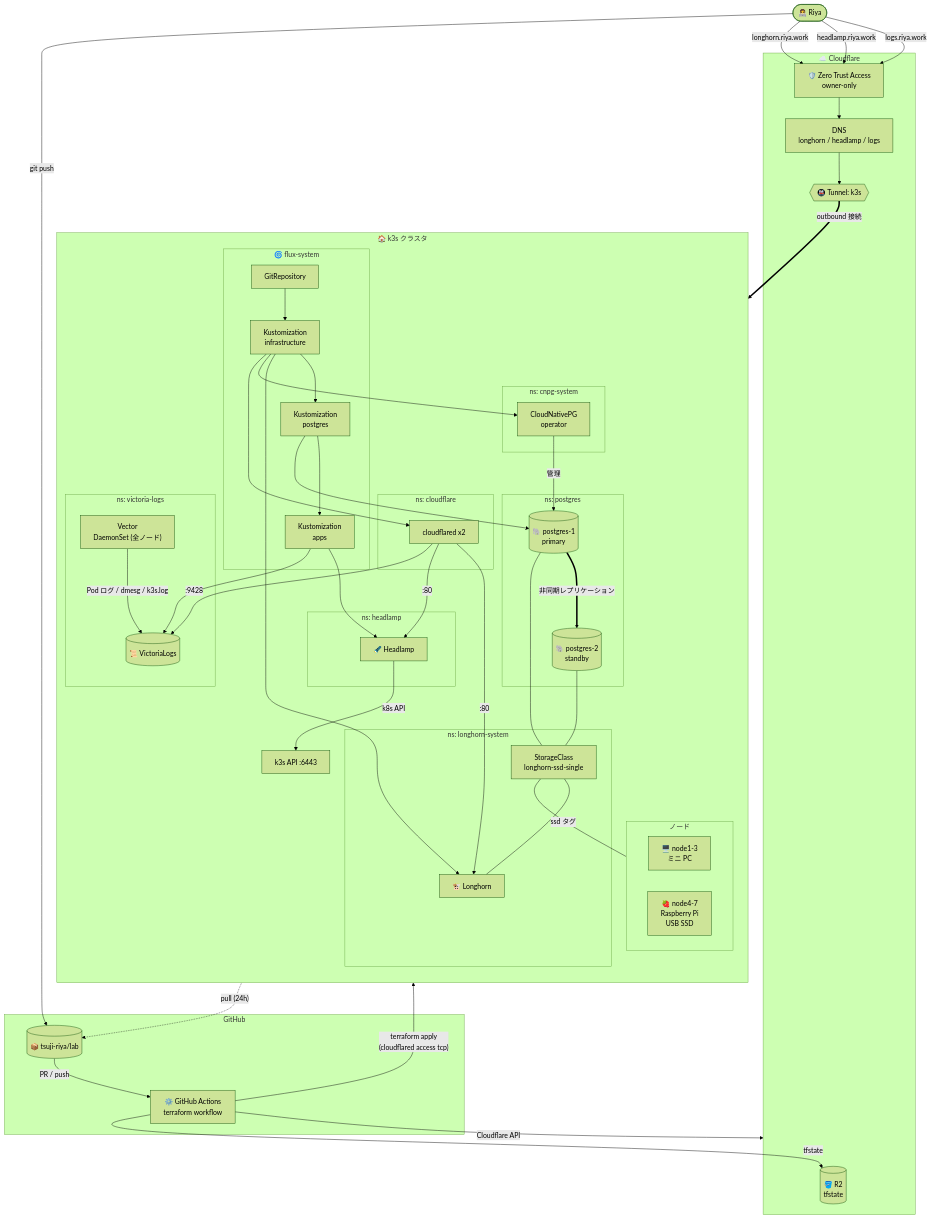
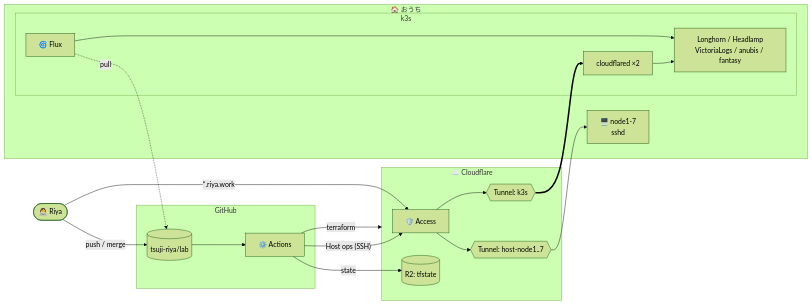
Before and after one commit to tsuji-riya/lab: the first of 3 diagrams in README.md, drawn with Mermaid (forest theme). The commit also changed other lines of this file, not shown here.

Commit message:
README を現在の構成 (ホスト層 / Actions / 公開ホスト) に合わせて書き直す (#58)

````diff
--- a/README.md
+++ b/README.md
@@ -26,96 +34,33 @@
 ```mermaid
-flowchart TB
-    user(["👩‍💻 Riya"])
+flowchart LR
+    me(["👩‍💻 Riya"])
 
     subgraph GH["GitHub"]
-        repo[("📦 tsuji-riya/lab")]
-        actions["⚙️ GitHub Actions<br/>terraform workflow"]
+        repo[("tsuji-riya/lab")]
+        ci["⚙️ Actions"]
     end
 
     subgraph CF["☁️ Cloudflare"]
-        r2[("🪣 R2<br/>tfstate")]
-        dns["DNS<br/>longhorn / headlamp / logs"]
-        access["🛡️ Zero Trust Access<br/>owner-only"]
-        tunnel{{"🚇 Tunnel: k3s"}}
+        access["🛡️ Access"]
+        tk3s{{"Tunnel: k3s"}}
+        thost{{"Tunnel: host-node1..7"}}
+        r2[("R2: tfstate")]
     end
 
-    subgraph K3S["🏠 k3s クラスタ"]
-        direction TB
-        api["k3s API :6443"]
-
-        subgraph NODES["ノード"]
-            direction LR
-            mini["🖥️ node1-3<br/>ミニ PC"]
-            pi["🍓 node4-7<br/>Raspberry Pi<br/>USB SSD"]
+    subgraph HOME["🏠 おうち"]
+        subgraph K3S["k3s"]
+            flux["🌀 Flux"]
+            cfd["cloudflared ×2"]
+            svc["Longhorn / Headlamp<br/>VictoriaLogs / anubis / fantasy"]
         end
-
-        subgraph FLUX["🌀 flux-system"]
-            gitrepo["GitRepository"]
-            ks_infra["Kustomization<br/>infrastructure"]
-            ks_pg["Kustomization<br/>postgres"]
-            ks_apps["Kustomization<br/>apps"]
-        end
-
-        subgraph NS_CF["ns: cloudflare"]
-            cfd["cloudflared x2"]
-        end
-
-        subgraph NS_LH["ns: longhorn-system"]
-            lh["🐮 Longhorn"]
-            sc_ssd["StorageClass<br/>longhorn-ssd-single"]
-        end
-
-        subgraph NS_CNPG["ns: cnpg-system"]
-            cnpg["CloudNativePG<br/>operator"]
-        end
-
-        subgraph NS_PG["ns: postgres"]
-            pgp[("🐘 postgres-1<br/>primary")]
-            pgs[("🐘 postgres-2<br/>standby")]
-        end
-
-        subgraph NS_HL["ns: headlamp"]
-            headlamp["🔦 Headlamp"]
-        end
-
-        subgraph NS_VL["ns: victoria-logs"]
-            vlogs[("📜 VictoriaLogs")]
-            vector["Vector<br/>DaemonSet (全ノード)"]
-        end
+        hosts["🖥️ node1-7<br/>sshd"]
     end
 
-    user -- "git push" --> repo
-    repo -- "PR / push" --> actions
-    actions -- "tfstate" --> r2
-    actions -- "terraform apply<br/>(cloudflared access tcp)" --> api
-    actions -- "Cloudflare API" --> CF
-
-    gitrepo -. "pull (24h)" .-> repo
-    gitrepo --> ks_infra --> ks_pg --> ks_apps
-
-    ks_infra --> lh
-    ks_infra --> cnpg
-    ks_infra --> cfd
-    ks_pg --> pgp
-    ks_apps --> headlamp
-    ks_apps --> vlogs
-    vector -- "Pod ログ / dmesg / k3s.log" --> vlogs
-
-    cnpg -- "管理" --> pgp
-    pgp == "非同期レプリケーション" ==> pgs
-    pgp --- sc_ssd
-    pgs --- sc_ssd
-    sc_ssd -- "ssd タグ" --- pi
-    sc_ssd --- lh
-
-    user -- "longhorn.riya.work" --> access
-    user -- "headlamp.riya.work" --> access
-    user -- "logs.riya.work" --> access
-    access --> dns
-    dns --> tunnel
-    tunnel == "outbound 接続" ==> cfd
-    cfd -- ":80" --> lh
-    cfd -- ":80" --> headlamp
-    cfd -- ":9428" --> vlogs
-    headlamp -- "k8s API" --> api
+    me -- push / merge --> repo --> ci
+    ci -- terraform --> CF
+    ci -- state --> r2
+    ci -- Host ops (SSH) --> access --> thost --> hosts
+    flux -. pull .-> repo
+    flux --> svc
+    me -- "*.riya.work" --> access --> tk3s ==> cfd --> svc
 ```
````
